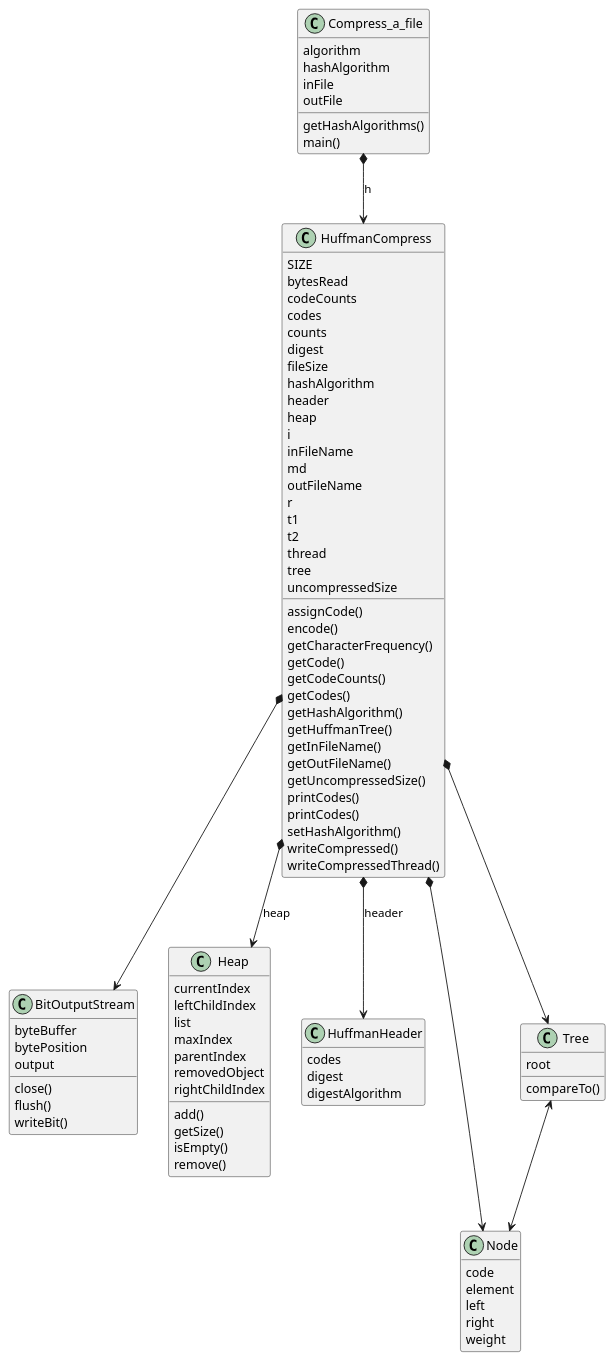
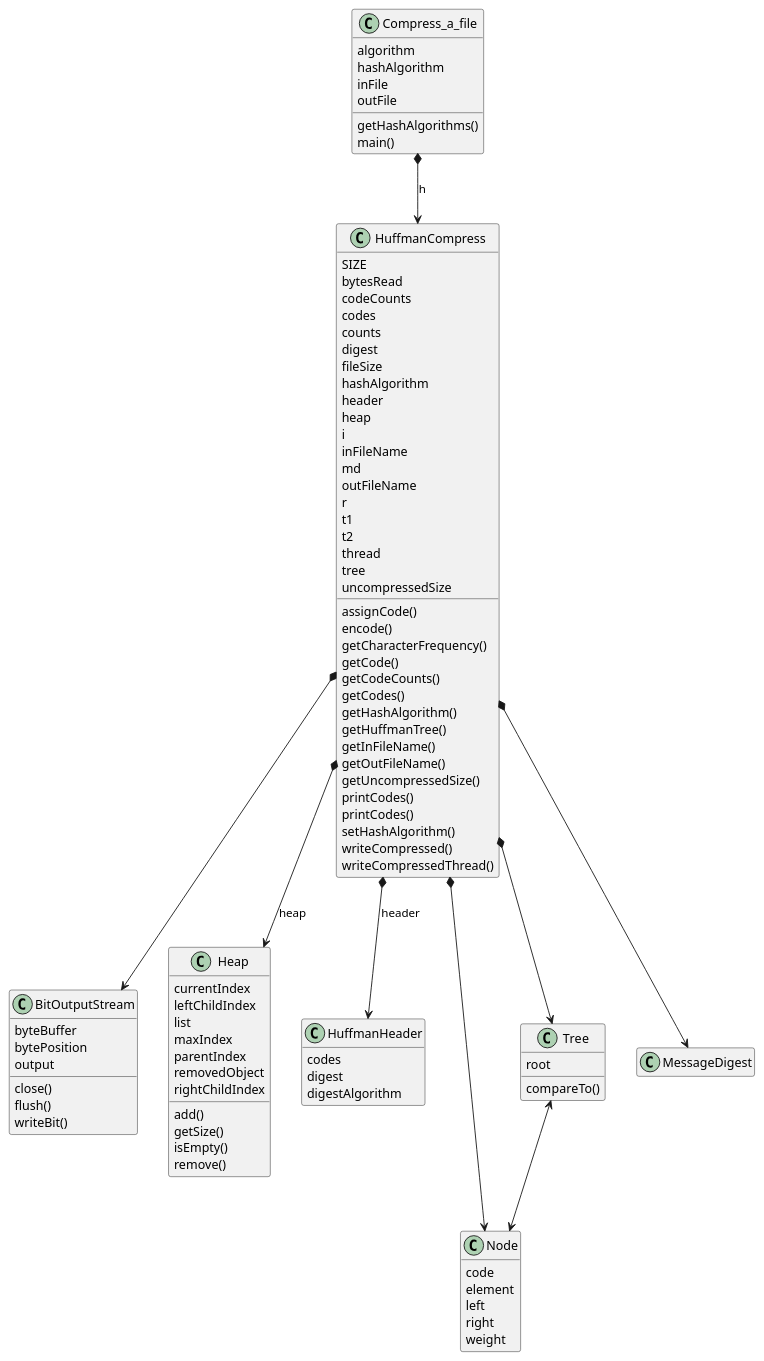
Before and after one commit to ae6ch/comsc76-project1: the diagram in Compress_a_file.puml, drawn with PlantUML. The commit also changed 3 other files, not shown here.

```diff
--- a/Compress_a_file.puml
+++ b/Compress_a_file.puml
@@ -1,94 +1,95 @@
 @startuml
 class BitOutputStream {
     byteBuffer
     bytePosition
     output
     close()
     flush()
     writeBit()
 }
 class Compress_a_file {
     algorithm
     hashAlgorithm
     inFile
     outFile
     getHashAlgorithms()
     main()
 }
 class Heap {
     currentIndex
     leftChildIndex
     list
     maxIndex
     parentIndex
     removedObject
     rightChildIndex
     add()
     getSize()
     isEmpty()
     remove()
 }
 class HuffmanCompress {
     SIZE
     bytesRead
     codeCounts
     codes
     counts
     digest
     fileSize
     hashAlgorithm
     header
     heap
     i
     inFileName
     md
     outFileName
     r
     t1
     t2
     thread
     tree
     uncompressedSize
     assignCode()
     encode()
     getCharacterFrequency()
     getCode()
     getCodeCounts()
     getCodes()
     getHashAlgorithm()
     getHuffmanTree()
     getInFileName()
     getOutFileName()
     getUncompressedSize()
     printCodes()
     printCodes()
     setHashAlgorithm()
     writeCompressed()
     writeCompressedThread()
 }
 class HuffmanHeader {
     codes
     digest
     digestAlgorithm
 }
 class Node {
     code
     element
     left
     right
     weight
 }
 class Tree {
     root
     compareTo()
 }
 
 Compress_a_file *--> HuffmanCompress : h
 HuffmanCompress *--> HuffmanHeader : header
 HuffmanCompress *--> Heap : heap
 HuffmanCompress *--> Tree
 HuffmanCompress *--> BitOutputStream
 HuffmanCompress *---> Node
+HuffmanCompress *--> MessageDigest
 Tree <--> Node
 hide empty members
 @enduml
```
